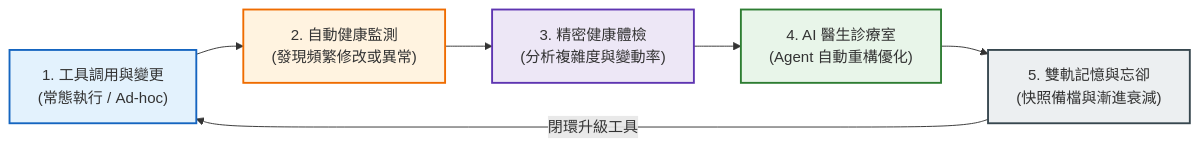
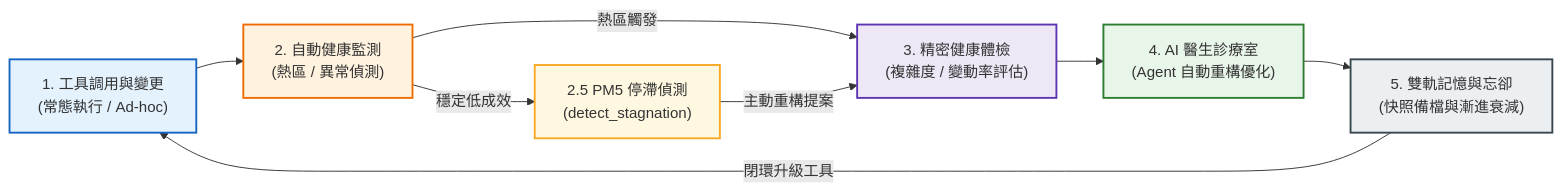
Before and after one commit to ddmanyes/Evo_PRISM: the sixth of 17 diagrams in docs/plans/plan_zh.md, drawn with Mermaid. The commit also changed other lines of this file and 103 other files, not shown here.

````diff
--- a/docs/plans/plan_zh.md
+++ b/docs/plans/plan_zh.md
@@ -242,15 +308,17 @@
 ```mermaid
 graph LR
-    A["1. 工具調用與變更<br/>(常態執行 / Ad-hoc)"] --> B["2. 自動健康監測<br/>(發現頻繁修改或異常)"]
-    B --> C["3. 精密健康體檢<br/>(分析複雜度與變動率)"]
+    A["1. 工具調用與變更<br/>(常態執行 / Ad-hoc)"] --> B["2. 自動健康監測<br/>(熱區 / 異常偵測)"]
+    B -->|"熱區觸發"| C["3. 精密健康體檢<br/>(複雜度 / 變動率評估)"]
+    B -->|"穩定低成效"| PM5["2.5 PM5 停滯偵測<br/>(detect_stagnation)"]
+    PM5 -->|"主動重構提案"| C
     C --> D["4. AI 醫生診療室<br/>(Agent 自動重構優化)"]
     D --> E["5. 雙軌記憶與忘卻<br/>(快照備檔與漸進衰減)"]
     E -->|閉環升級工具| A
 
-    %% 樣式微調
     style A fill:#e3f2fd,stroke:#1565c0,stroke-width:2px;
     style B fill:#fff3e0,stroke:#ef6c00,stroke-width:2px;
+    style PM5 fill:#fff8e1,stroke:#f9a825,stroke-width:2px;
     style C fill:#ede7f6,stroke:#5e35b1,stroke-width:2px;
     style D fill:#e8f5e9,stroke:#2e7d32,stroke-width:2px;
     style E fill:#eceff1,stroke:#37474f,stroke-width:2px;
 ```
````
